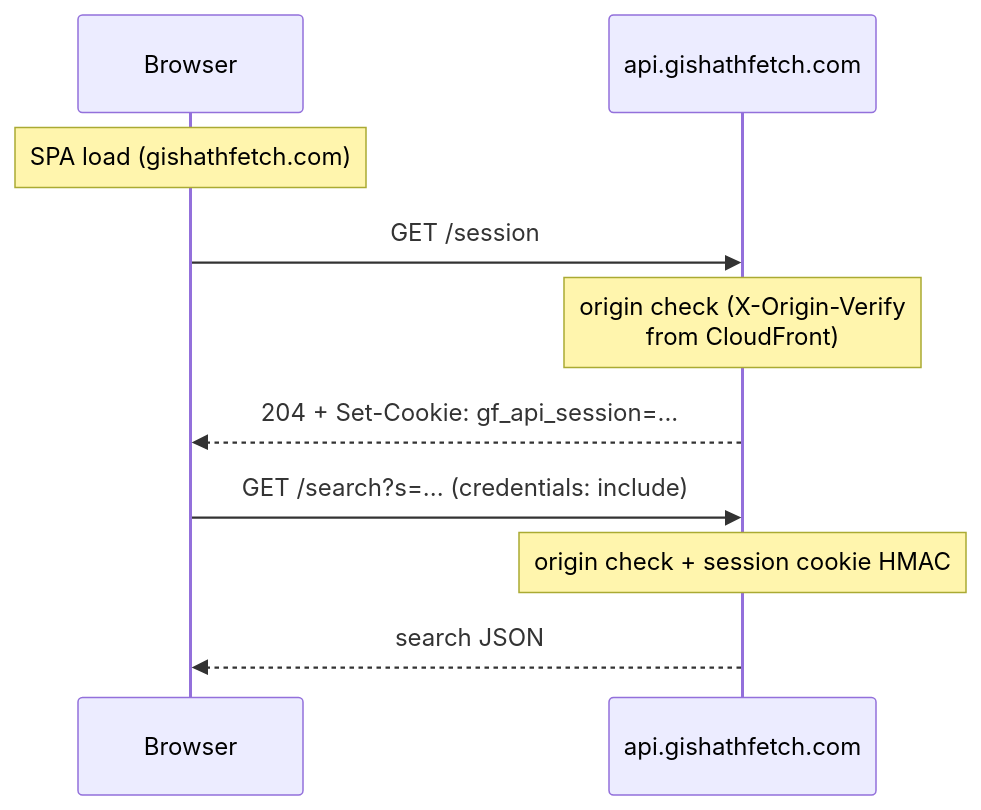
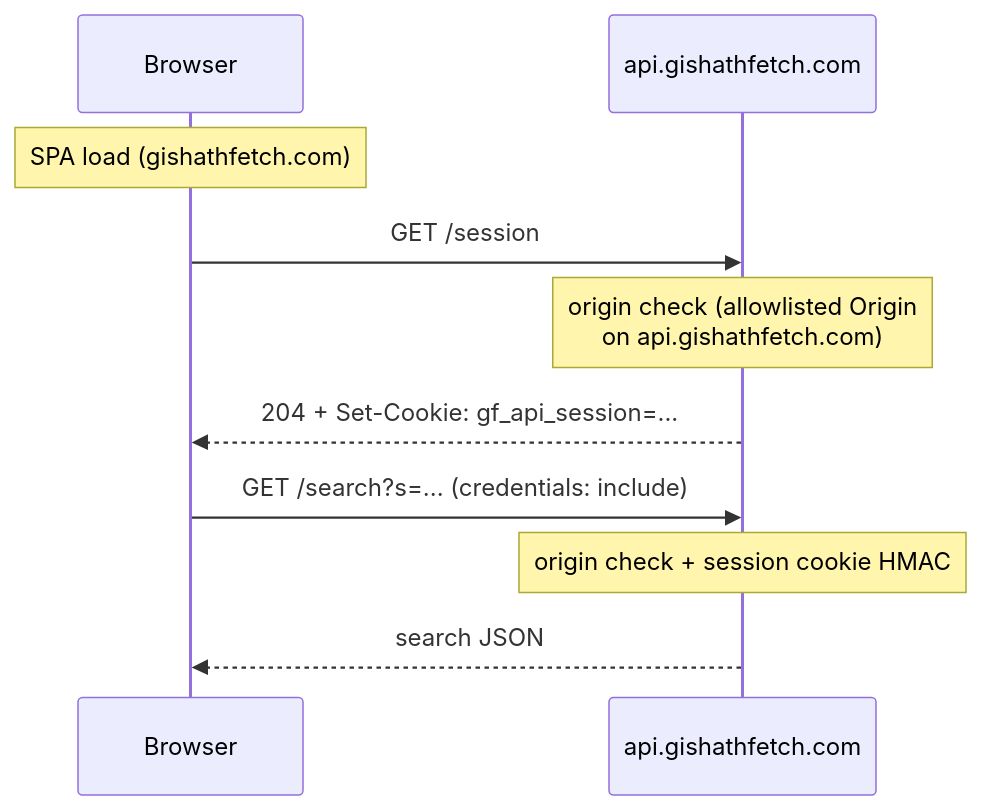
The diagram in docs/api-abuse-mitigation.md (xenodus/gishathfetch), drawn with Mermaid before and after one commit. The commit also changed other lines of this file and 2 other files, not shown here.

First line of the commit message:
Align docs with recent API infrastructure changes (#386)

````diff
--- a/docs/api-abuse-mitigation.md
+++ b/docs/api-abuse-mitigation.md
@@ -20,13 +20,13 @@
 ```mermaid
 sequenceDiagram
     participant U as Browser
     participant API as api.gishathfetch.com
 
     Note over U: SPA load (gishathfetch.com)
     U->>API: GET /session
-    Note over API: origin check (X-Origin-Verify<br/>from CloudFront)
+    Note over API: origin check (allowlisted Origin<br/>on api.gishathfetch.com)
     API-->>U: 204 + Set-Cookie: gf_api_session=...
     U->>API: GET /search?s=... (credentials: include)
     Note over API: origin check + session cookie HMAC
     API-->>U: search JSON
 ```
````
